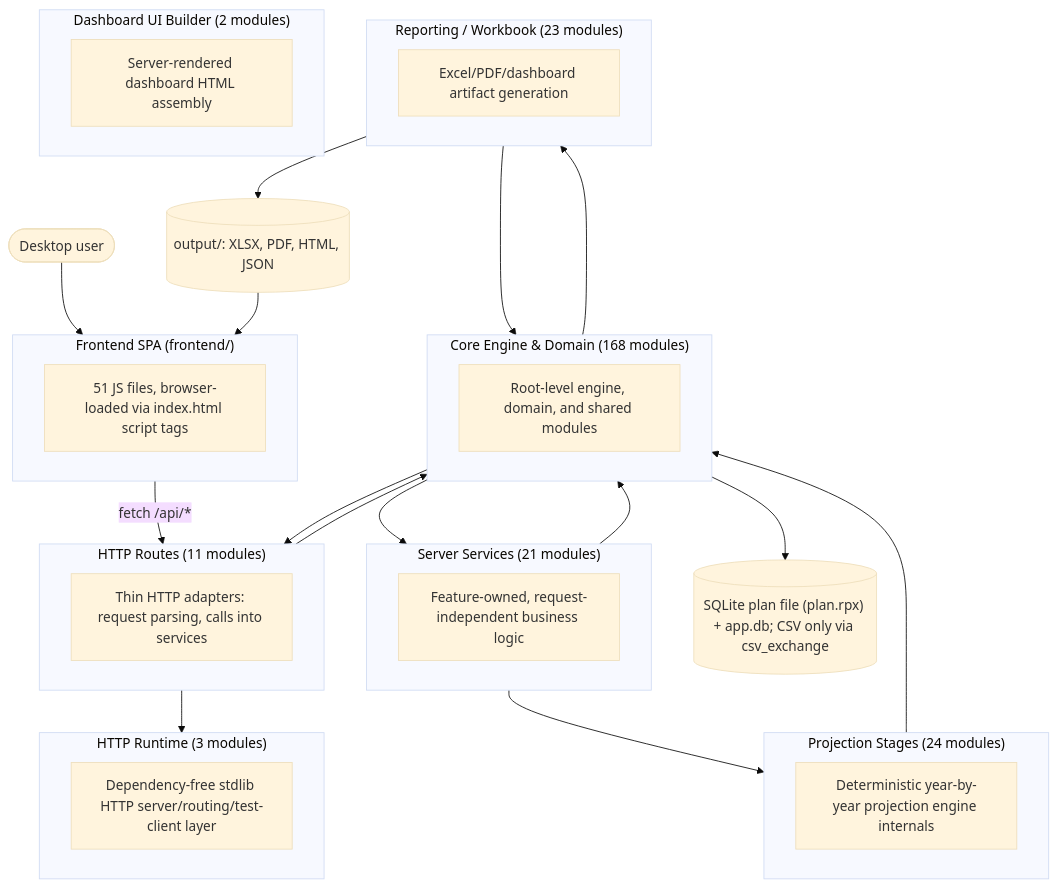
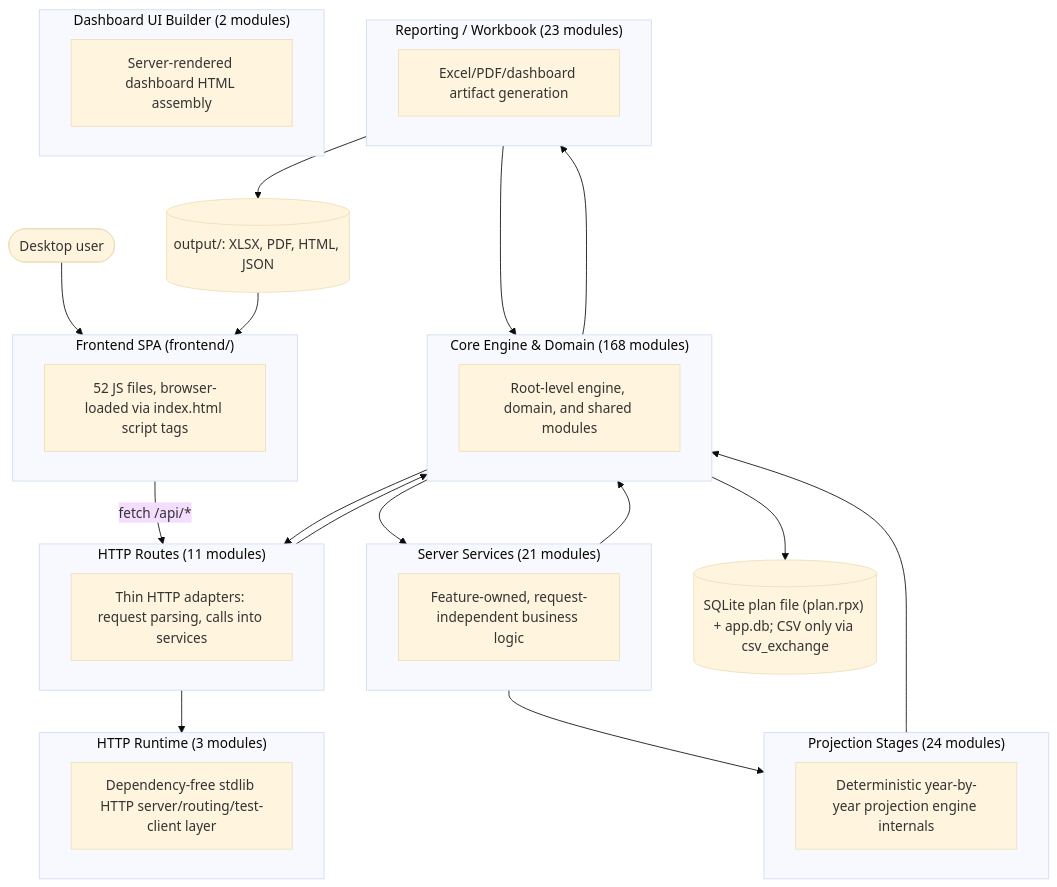
The first of 2 diagrams in documentation/reference/SYSTEM_ARCHITECTURE_DIAGRAM.md (matthartzman/retirement_system), drawn with Mermaid (base theme) before and after one commit. The commit also changed other lines of this file and 12 other files, not shown here.

````diff
--- a/documentation/reference/SYSTEM_ARCHITECTURE_DIAGRAM.md
+++ b/documentation/reference/SYSTEM_ARCHITECTURE_DIAGRAM.md
@@ -11,41 +11,41 @@
 ```mermaid
 flowchart TB
     User(["Desktop user"]) --> FE
     subgraph FE["Frontend SPA (frontend/)"]
-        FEcount["51 JS files, browser-loaded via index.html script tags"]
+        FEcount["52 JS files, browser-loaded via index.html script tags"]
     end
     FE -->|fetch /api/*| L_HTTP_Routes
     subgraph L_HTTP_Routes["HTTP Routes (11 modules)"]
         L_HTTP_Routes_d["Thin HTTP adapters: request parsing, calls into services"]
     end
     subgraph L_Server_Services["Server Services (21 modules)"]
         L_Server_Services_d["Feature-owned, request-independent business logic"]
     end
     subgraph L_HTTP_Runtime["HTTP Runtime (3 modules)"]
         L_HTTP_Runtime_d["Dependency-free stdlib HTTP server/routing/test-client layer"]
     end
     subgraph L_Core_Engine___Domain["Core Engine & Domain (168 modules)"]
         L_Core_Engine___Domain_d["Root-level engine, domain, and shared modules"]
     end
     subgraph L_Projection_Stages["Projection Stages (24 modules)"]
         L_Projection_Stages_d["Deterministic year-by-year projection engine internals"]
     end
     subgraph L_Reporting___Workbook["Reporting / Workbook (23 modules)"]
         L_Reporting___Workbook_d["Excel/PDF/dashboard artifact generation"]
     end
     subgraph L_Dashboard_UI_Builder["Dashboard UI Builder (2 modules)"]
         L_Dashboard_UI_Builder_d["Server-rendered dashboard HTML assembly"]
     end
     L_Core_Engine___Domain --> L_HTTP_Routes
     L_Core_Engine___Domain --> L_Reporting___Workbook
     L_Core_Engine___Domain --> L_Server_Services
     L_HTTP_Routes --> L_Core_Engine___Domain
     L_HTTP_Routes --> L_HTTP_Runtime
     L_Projection_Stages --> L_Core_Engine___Domain
     L_Reporting___Workbook --> L_Core_Engine___Domain
     L_Server_Services --> L_Core_Engine___Domain
     L_Server_Services --> L_Projection_Stages
     L_Core_Engine___Domain --> DB[("SQLite plan file (plan.rpx) + app.db; CSV only via csv_exchange")]
     L_Reporting___Workbook --> Outputs[("output/: XLSX, PDF, HTML, JSON")]
     Outputs --> FE
 ```
````
